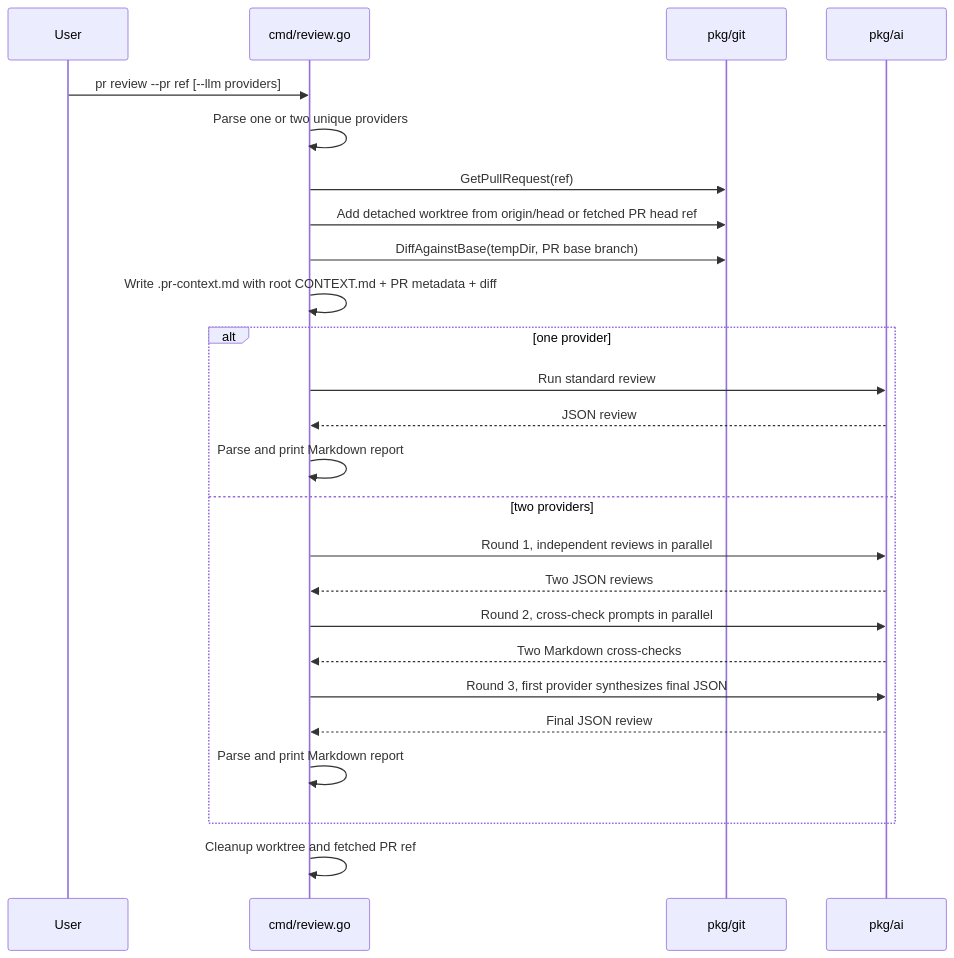
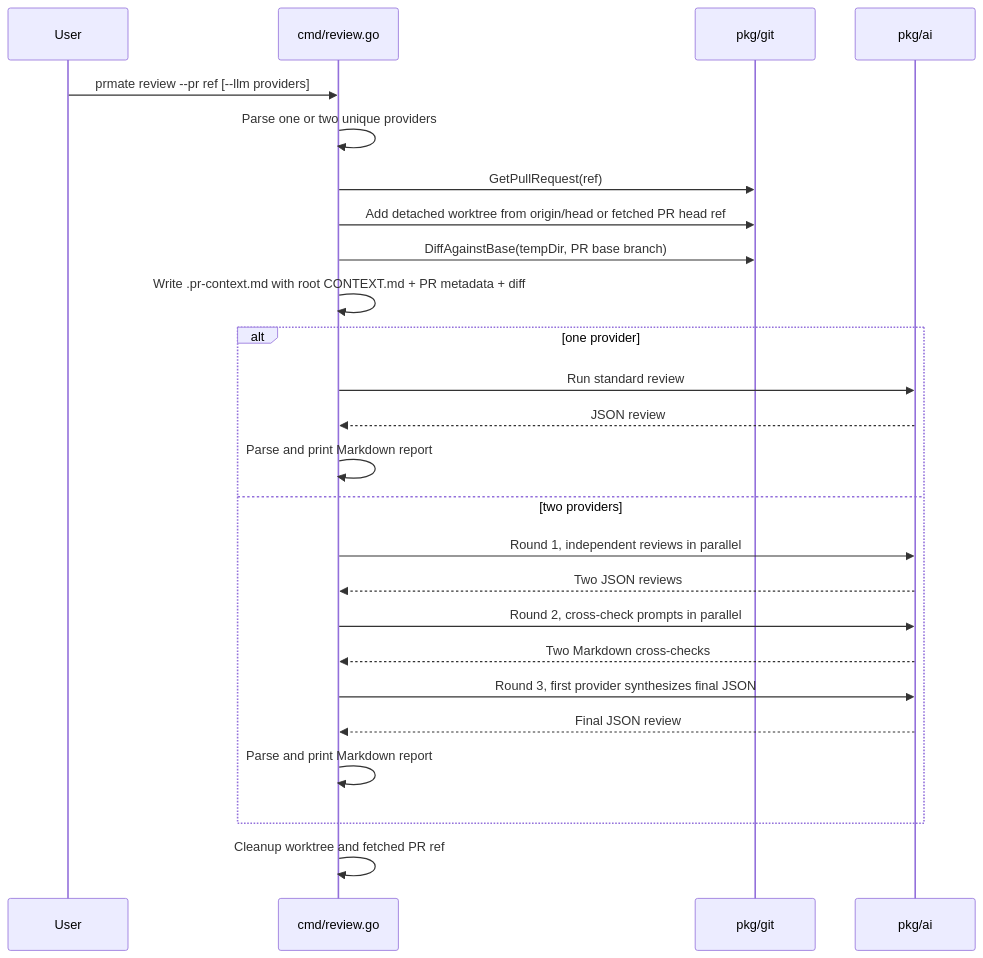
The fourth of 4 diagrams in CONTEXT.md (mpiorowski/prmate), drawn with Mermaid before and after one commit. The commit also changed other lines of this file and 3 other files, not shown here.

````diff
--- a/CONTEXT.md
+++ b/CONTEXT.md
@@ -223,28 +223,28 @@
 ```mermaid
 sequenceDiagram
     participant U as User
     participant R as cmd/review.go
     participant G as pkg/git
     participant A as pkg/ai
 
-    U->>R: pr review --pr ref [--llm providers]
+    U->>R: prmate review --pr ref [--llm providers]
     R->>R: Parse one or two unique providers
     R->>G: GetPullRequest(ref)
     R->>G: Add detached worktree from origin/head or fetched PR head ref
     R->>G: DiffAgainstBase(tempDir, PR base branch)
     R->>R: Write .pr-context.md with root CONTEXT.md + PR metadata + diff
     alt one provider
         R->>A: Run standard review
         A-->>R: JSON review
         R->>R: Parse and print Markdown report
     else two providers
         R->>A: Round 1, independent reviews in parallel
         A-->>R: Two JSON reviews
         R->>A: Round 2, cross-check prompts in parallel
         A-->>R: Two Markdown cross-checks
         R->>A: Round 3, first provider synthesizes final JSON
         A-->>R: Final JSON review
         R->>R: Parse and print Markdown report
     end
     R->>R: Cleanup worktree and fetched PR ref
 ```
````
